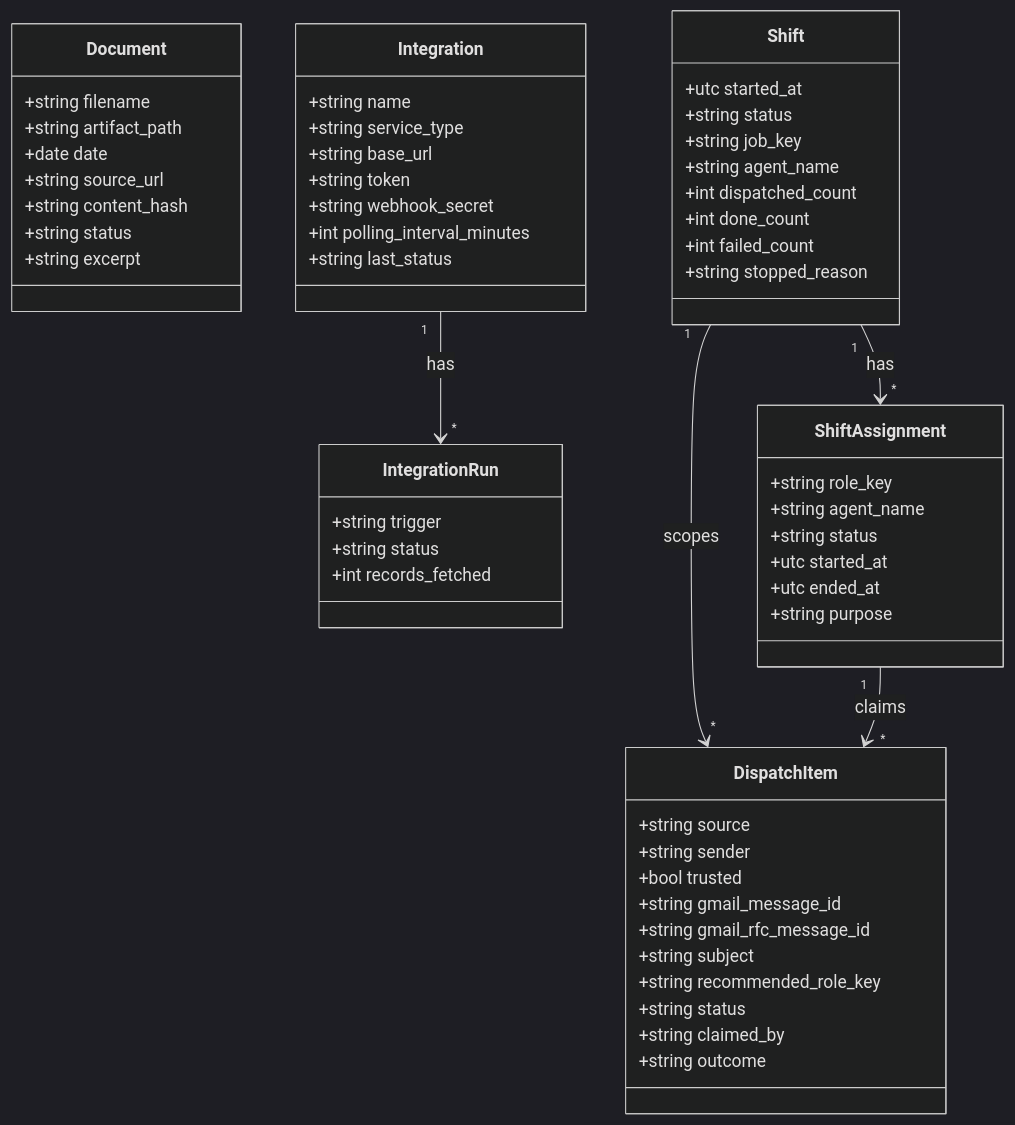
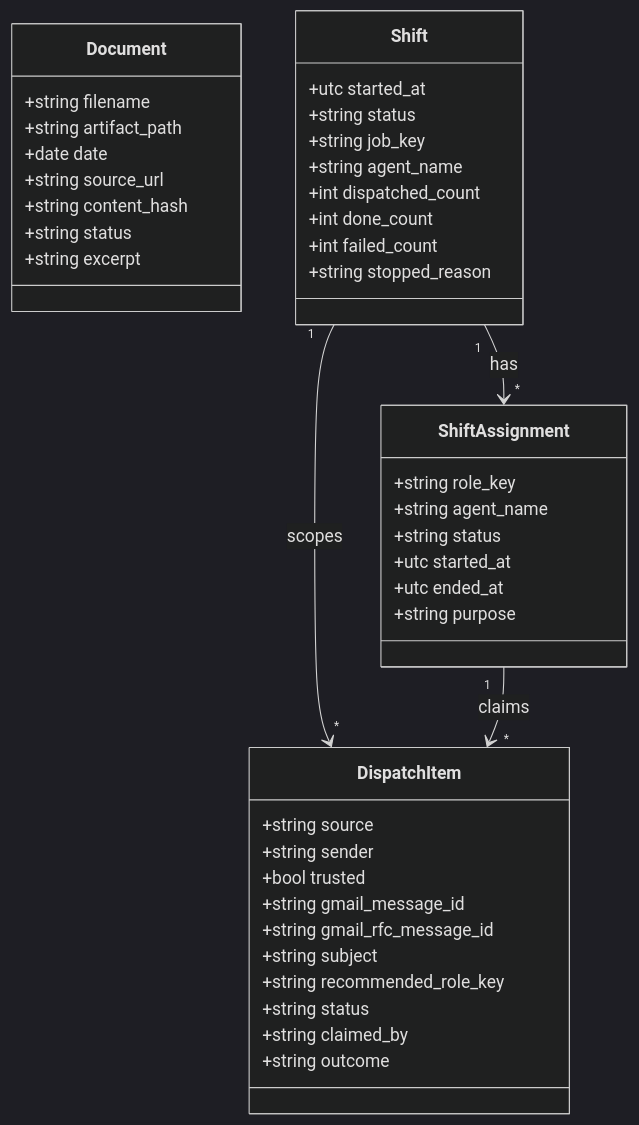
Before and after one commit to hightowerbuilds/buster-claw: the third of 8 diagrams in docs/UML.md, drawn with Mermaid (dark theme). The commit also changed other lines of this file and 49 other files, not shown here.

````diff
--- a/docs/UML.md
+++ b/docs/UML.md
@@ -147,61 +143,46 @@
 ```mermaid
 classDiagram
     class Document {
         +string filename
         +string artifact_path
         +date date
         +string source_url
         +string content_hash
         +string status
         +string excerpt
-    }
-    class Integration {
-        +string name
-        +string service_type
-        +string base_url
-        +string token
-        +string webhook_secret
-        +int polling_interval_minutes
-        +string last_status
-    }
-    class IntegrationRun {
-        +string trigger
-        +string status
-        +int records_fetched
     }
     class Shift {
         +utc started_at
         +string status
         +string job_key
         +string agent_name
         +int dispatched_count
         +int done_count
         +int failed_count
         +string stopped_reason
     }
     class ShiftAssignment {
         +string role_key
         +string agent_name
         +string status
         +utc started_at
         +utc ended_at
         +string purpose
     }
     class DispatchItem {
         +string source
         +string sender
         +bool trusted
         +string gmail_message_id
         +string gmail_rfc_message_id
         +string subject
         +string recommended_role_key
         +string status
         +string claimed_by
         +string outcome
     }
 
-    Integration "1" --> "*" IntegrationRun : has
     Shift "1" --> "*" ShiftAssignment : has
     Shift "1" --> "*" DispatchItem : scopes
     ShiftAssignment "1" --> "*" DispatchItem : claims
 ```
````
